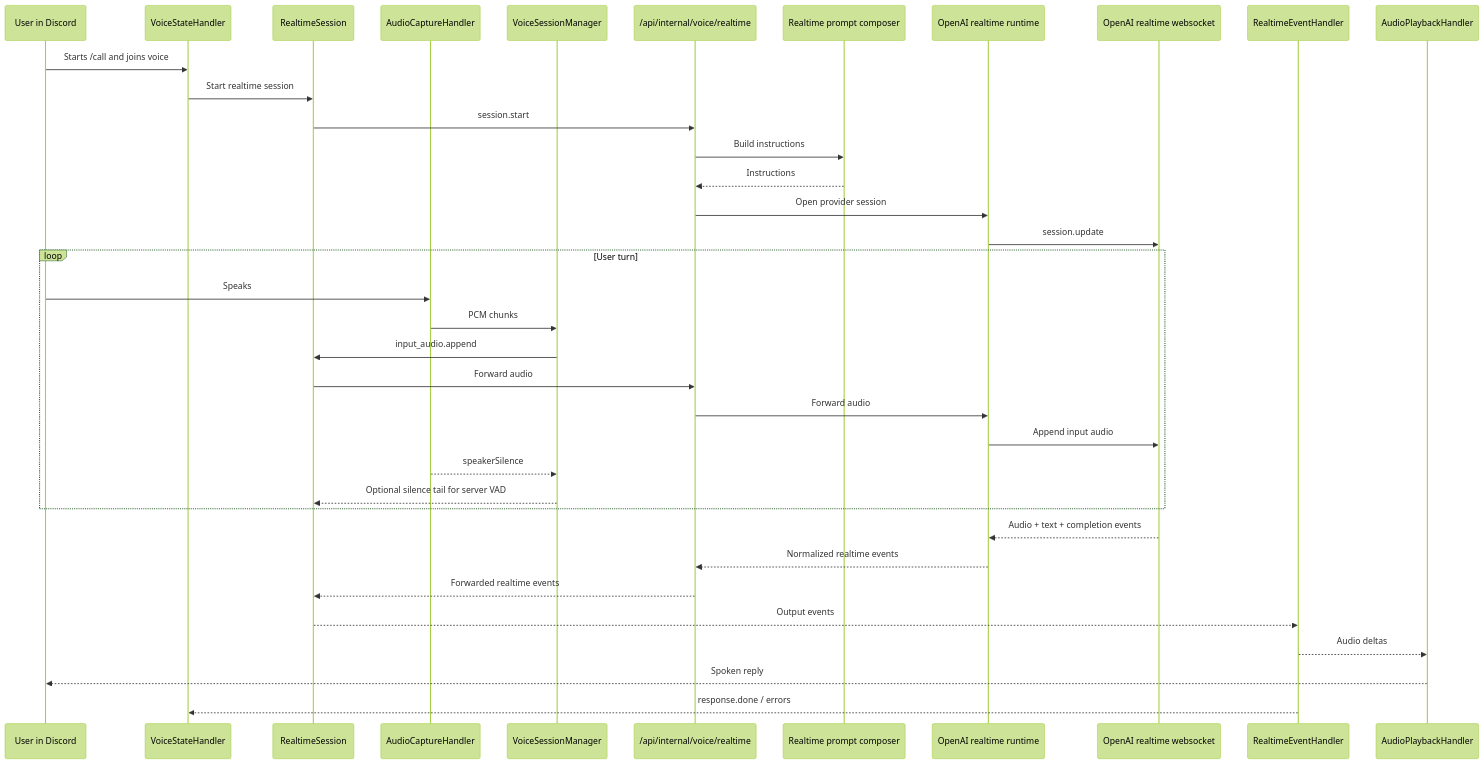
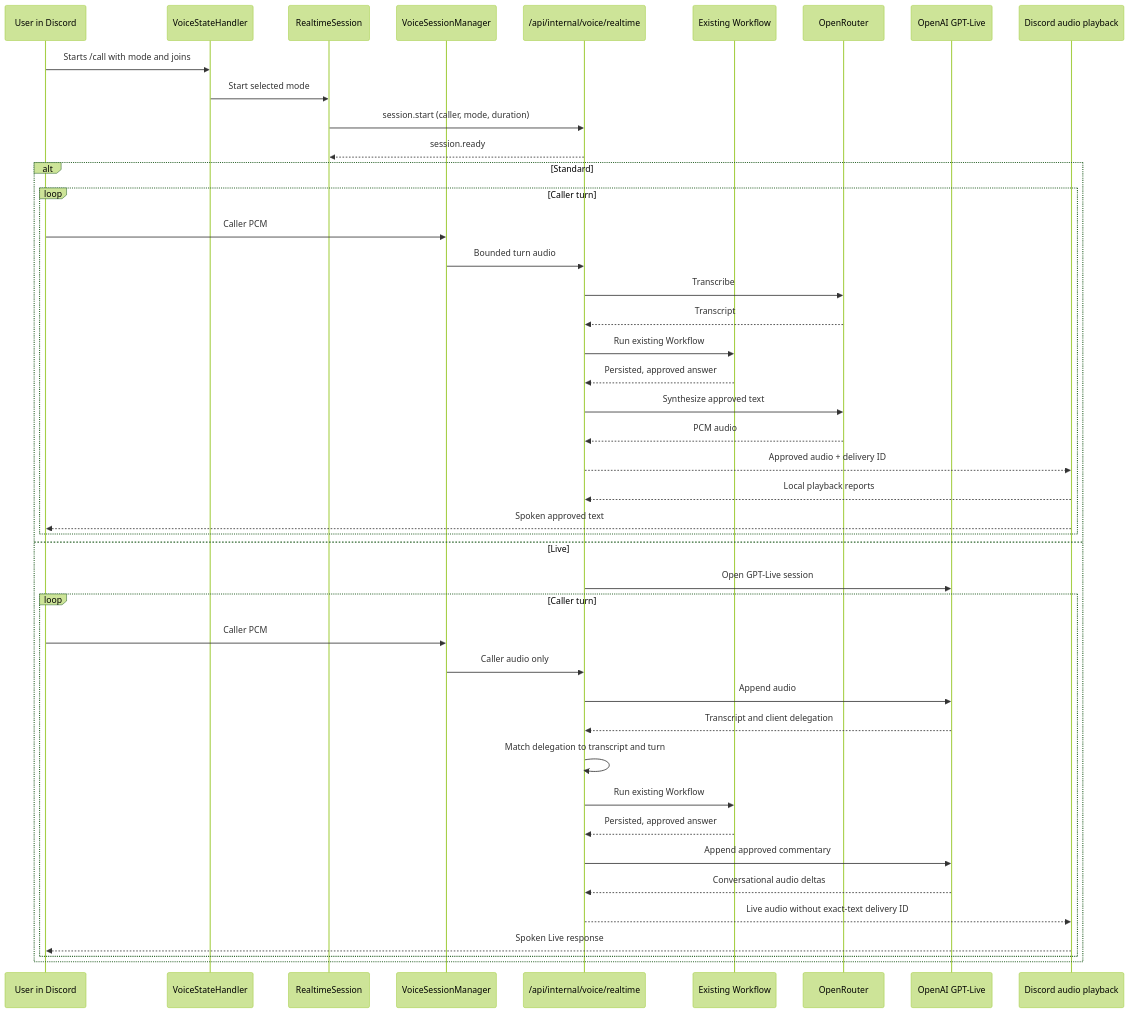
The diagram in docs/architecture/realtime-voice.md (footnote-ai/footnote), drawn with Mermaid (forest theme) before and after one commit. The commit also changed other lines of this file and 33 other files, not shown here.

Commit message:
feat(voice): implement Standard and Live modes

````diff
--- a/docs/architecture/realtime-voice.md
+++ b/docs/architecture/realtime-voice.md
@@ -20,41 +21,48 @@
 ```mermaid
 sequenceDiagram
     participant User as User in Discord
     participant VoiceState as VoiceStateHandler
     participant Session as RealtimeSession
-    participant Capture as AudioCaptureHandler
     participant Manager as VoiceSessionManager
     participant Backend as /api/internal/voice/realtime
-    participant Prompt as Realtime prompt composer
-    participant Runtime as OpenAI realtime runtime
-    participant OpenAI as OpenAI realtime websocket
-    participant Events as RealtimeEventHandler
-    participant Playback as AudioPlaybackHandler
+    participant Workflow as Existing Workflow
+    participant OpenRouter
+    participant GPTLive as OpenAI GPT-Live
+    participant Playback as Discord audio playback
 
-    User->>VoiceState: Starts /call and joins voice
-    VoiceState->>Session: Start realtime session
-    Session->>Backend: session.start
-    Backend->>Prompt: Build instructions
-    Prompt-->>Backend: Instructions
-    Backend->>Runtime: Open provider session
-    Runtime->>OpenAI: session.update
+    User->>VoiceState: Starts /call with mode and joins
+    VoiceState->>Session: Start selected mode
+    Session->>Backend: session.start (caller, mode, duration)
+    Backend-->>Session: session.ready
 
-    loop User turn
-        User->>Capture: Speaks
-        Capture->>Manager: PCM chunks
-        Manager->>Session: input_audio.append
-        Session->>Backend: Forward audio
-        Backend->>Runtime: Forward audio
-        Runtime->>OpenAI: Append input audio
-        Capture-->>Manager: speakerSilence
-        Manager-->>Session: Optional silence tail for server VAD
+    alt Standard
+        loop Caller turn
+            User->>Manager: Caller PCM
+            Manager->>Backend: Bounded turn audio
+            Backend->>OpenRouter: Transcribe
+            OpenRouter-->>Backend: Transcript
+            Backend->>Workflow: Run existing Workflow
+            Workflow-->>Backend: Persisted, approved answer
+            Backend->>OpenRouter: Synthesize approved text
+            OpenRouter-->>Backend: PCM audio
+            Backend-->>Playback: Approved audio + delivery ID
+            Playback-->>Backend: Local playback reports
+            Playback-->>User: Spoken approved text
+        end
+    else Live
+        Backend->>GPTLive: Open GPT-Live session
+        loop Caller turn
+            User->>Manager: Caller PCM
+            Manager->>Backend: Caller audio only
+            Backend->>GPTLive: Append audio
+            GPTLive-->>Backend: Transcript and client delegation
+            Backend->>Backend: Match delegation to transcript and turn
+            Backend->>Workflow: Run existing Workflow
+            Workflow-->>Backend: Persisted, approved answer
+            Backend->>GPTLive: Append approved commentary
+            GPTLive-->>Backend: Conversational audio deltas
+            Backend-->>Playback: Live audio without exact-text delivery ID
+            Playback-->>User: Spoken Live response
+        end
     end
-
-    OpenAI-->>Runtime: Audio + text + completion events
-    Runtime-->>Backend: Normalized realtime events
-    Backend-->>Session: Forwarded realtime events
-    Session-->>Events: Output events
-    Events-->>Playback: Audio deltas
-    Playback-->>User: Spoken reply
-    Events-->>VoiceState: response.done / errors
 ```
````
